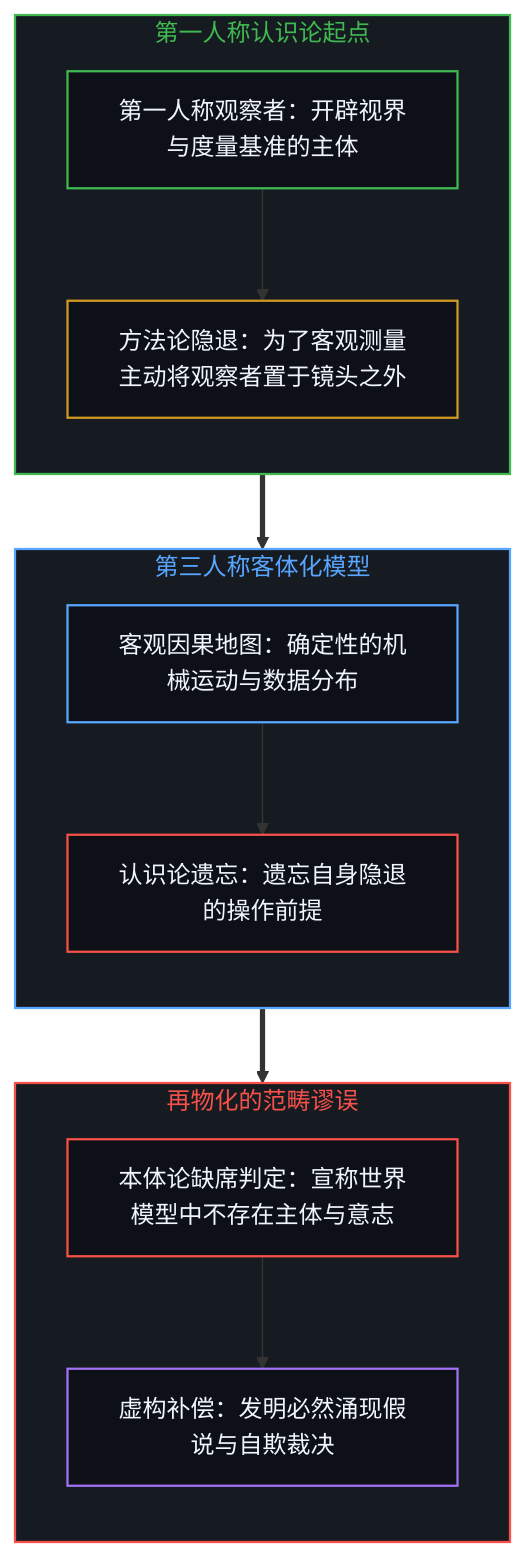
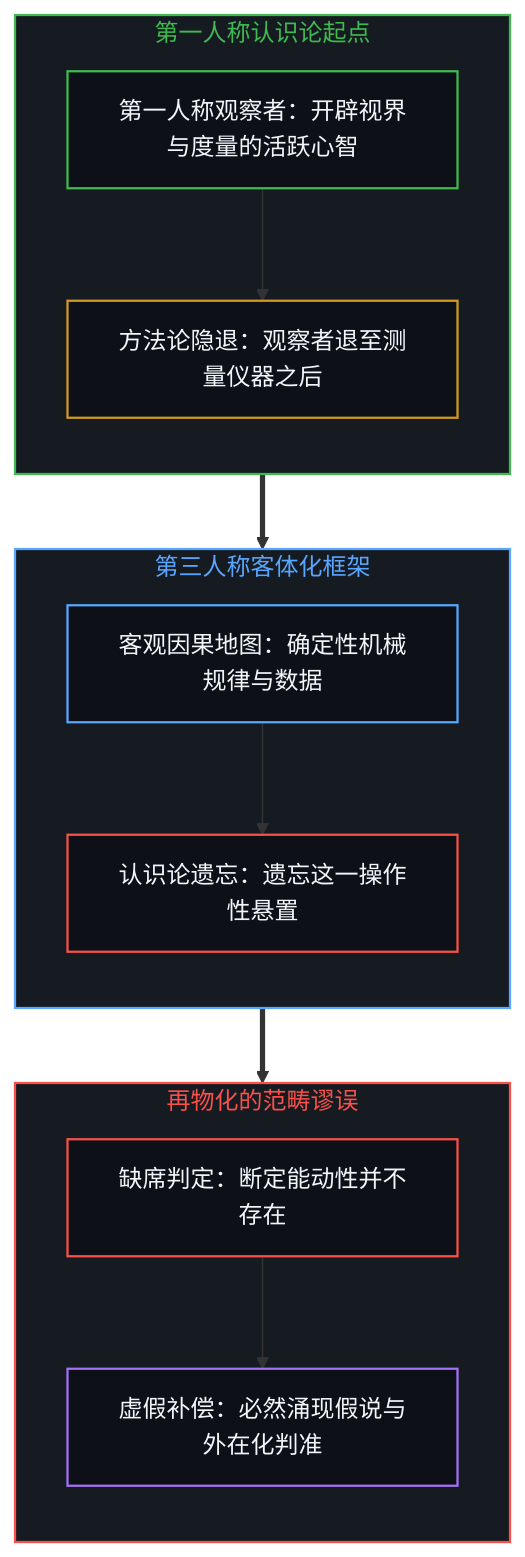
One commit to powerpig99/not-a-toe changed the first of 4 diagrams in content/posts/the-blind-spot-of-the-frame.md. Above: the diagram before and after it, drawn with Mermaid. The commit also changed other lines of this file and 5 other files, not shown here.

````diff
--- a/content/posts/the-blind-spot-of-the-frame.md
+++ b/content/posts/the-blind-spot-of-the-frame.md
@@ -27,32 +27,32 @@
 ```mermaid
 flowchart TD
     classDef default fill:#0d1117,stroke:#30363d,stroke-width:1px,color:#f0f6fc;
     classDef mind fill:#0d1117,stroke:#3fb950,stroke-width:1.5px,color:#f0f6fc;
     classDef warn fill:#0d1117,stroke:#d29922,stroke-width:1.5px,color:#f0f6fc;
     classDef fail fill:#0d1117,stroke:#f85149,stroke-width:1.5px,color:#f0f6fc;
     classDef model fill:#0d1117,stroke:#58a6ff,stroke-width:1.5px,color:#f0f6fc;
     classDef loop fill:#0d1117,stroke:#a371f7,stroke-width:1.5px,color:#f0f6fc;
     subgraph S_Origin ["第一人称认识论起点"]
         direction TB
-        Subject["第一人称观察者：开辟视界与度量基准的主体"]:::mind
-        Bracket["方法论隐退：为了客观测量主动将观察者置于镜头之外"]:::warn
+        Subject["第一人称观察者：开辟视界与度量的活跃心智"]:::mind
+        Bracket["方法论隐退：观察者退至测量仪器之后"]:::warn
         Subject --> Bracket
     end
-    subgraph S_Model ["第三人称客体化模型"]
+    subgraph S_Model ["第三人称客体化框架"]
         direction TB
-        ObjectiveMap["客观因果地图：确定性的机械运动与数据分布"]:::model
-        Amnesia["认识论遗忘：遗忘自身隐退的操作前提"]:::fail
+        ObjectiveMap["客观因果地图：确定性机械规律与数据"]:::model
+        Amnesia["认识论遗忘：遗忘这一操作性悬置"]:::fail
         ObjectiveMap --> Amnesia
     end
     subgraph S_Inversion ["再物化的范畴谬误"]
         direction TB
-        OntologicalAbsence["本体论缺席判定：宣称世界模型中不存在主体与意志"]:::fail
-        FalseCompensate["虚构补偿：发明必然涌现假说与自欺裁决"]:::loop
+        OntologicalAbsence["缺席判定：断定能动性并不存在"]:::fail
+        FalseCompensate["虚假补偿：必然涌现假说与外在化判准"]:::loop
         OntologicalAbsence --> FalseCompensate
     end
     S_Origin ==> S_Model
     S_Model ==> S_Inversion
     style S_Origin fill:#161b22,stroke:#3fb950,stroke-width:1.5px,color:#3fb950
     style S_Model fill:#161b22,stroke:#58a6ff,stroke-width:1.5px,color:#58a6ff
     style S_Inversion fill:#161b22,stroke:#f85149,stroke-width:1.5px,color:#f85149
 ```
````
